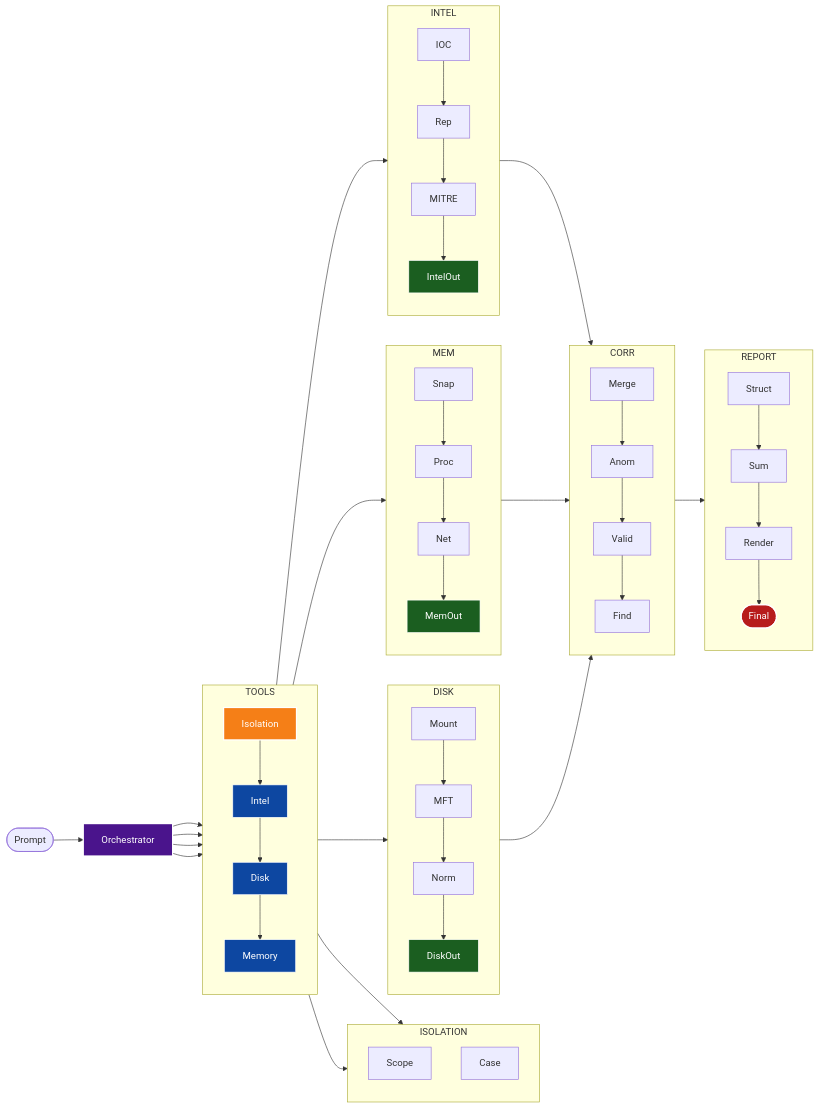
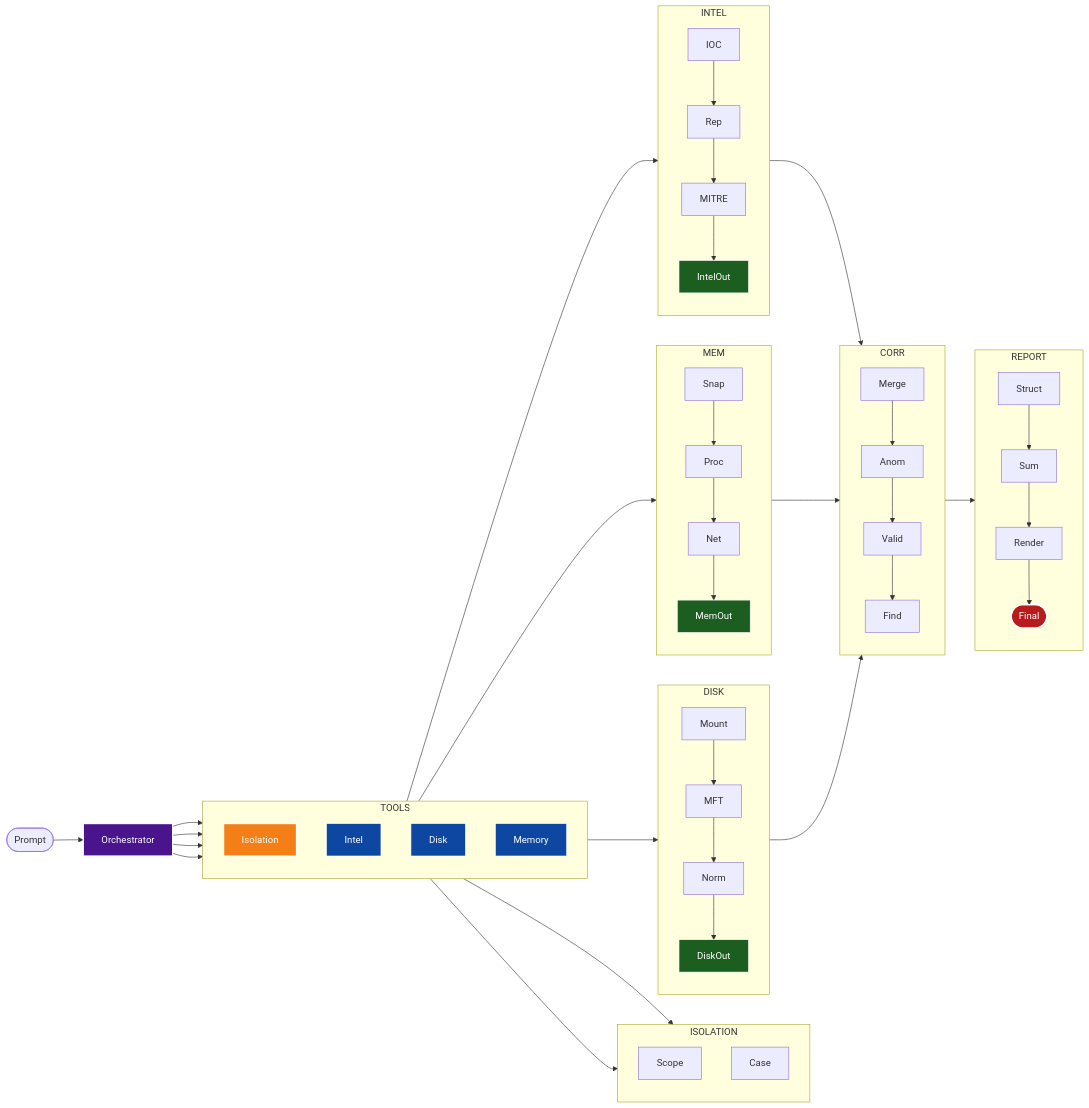
The diagram in README.md (mdaminxf/DigiSec), drawn with Mermaid before and after one commit.

Commit message:
Fix Mermaid flow diagram node connections

````diff
--- a/README.md
+++ b/README.md
@@ -40,7 +40,10 @@
 %% =========================
 subgraph T[TOOLS]
 direction TB
-C1[Isolation]:::isolate-->C2[Intel]:::tools-->C3[Disk]:::tools-->C4[Memory]:::tools
+C1[Isolation]:::isolate
+C2[Intel]:::tools
+C3[Disk]:::tools
+C4[Memory]:::tools
 end
 
 B-->C1
@@ -106,6 +109,8 @@
 %% =========================
 subgraph R[REPORT]
 direction TB
-G-->H1[Struct]-->H2[Sum]-->H3[Render]-->H4([Final]):::report
+H1[Struct]-->H2[Sum]-->H3[Render]-->H4([Final]):::report
 end
+
+G3-->H1
 ```
````
